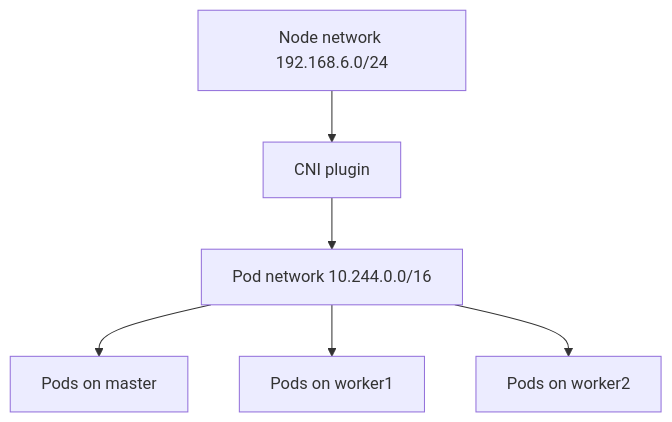
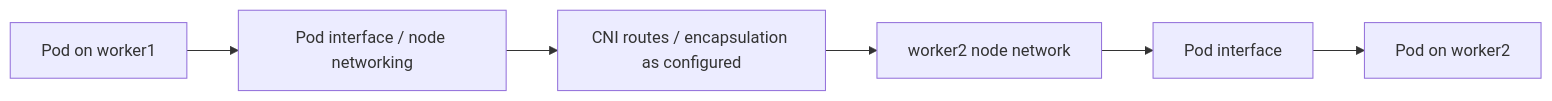
The diagram in 05-cluster-networking/README.md (Rash499/kubernetes-cluster-lab), drawn with Mermaid before and after one commit. The commit also changed other lines of this file, not shown here.

Commit message:
Expand CNI Pod routing DNS and Calico troubleshooting documentation

````diff
--- a/05-cluster-networking/README.md
+++ b/05-cluster-networking/README.md
@@ -9,8 +25,8 @@
 ```mermaid
-flowchart TB
-  N["Node network 192.168.6.0/24"] --> CNI["CNI plugin"]
-  CNI --> P["Pod network 10.244.0.0/16"]
-  P --> A["Pods on master"]
-  P --> B["Pods on worker1"]
-  P --> C["Pods on worker2"]
+flowchart LR
+  PodA["Pod on worker1"] --> VethA["Pod interface / node networking"]
+  VethA --> CNI["CNI routes / encapsulation as configured"]
+  CNI --> NodeB["worker2 node network"]
+  NodeB --> VethB["Pod interface"]
+  VethB --> PodB["Pod on worker2"]
 ```
````
